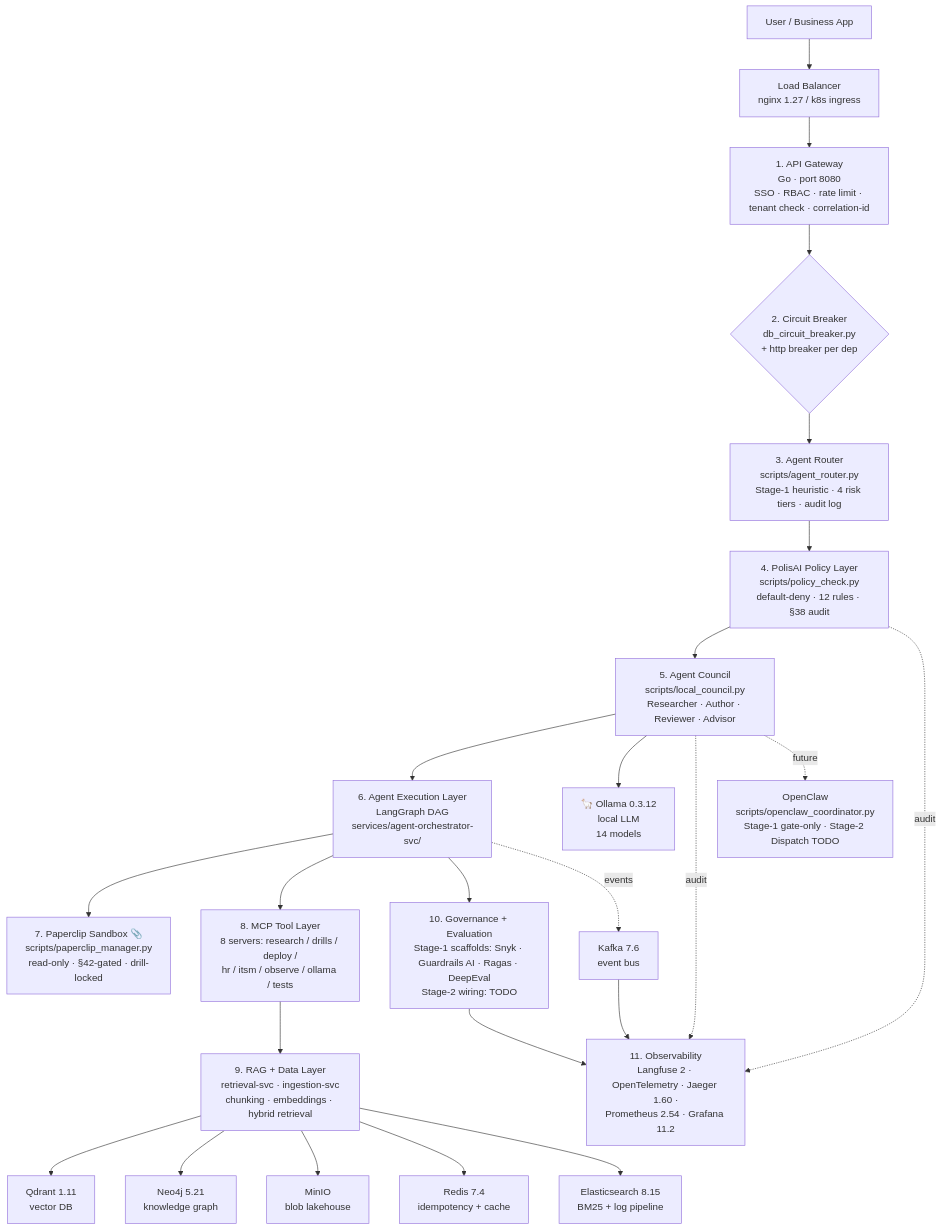
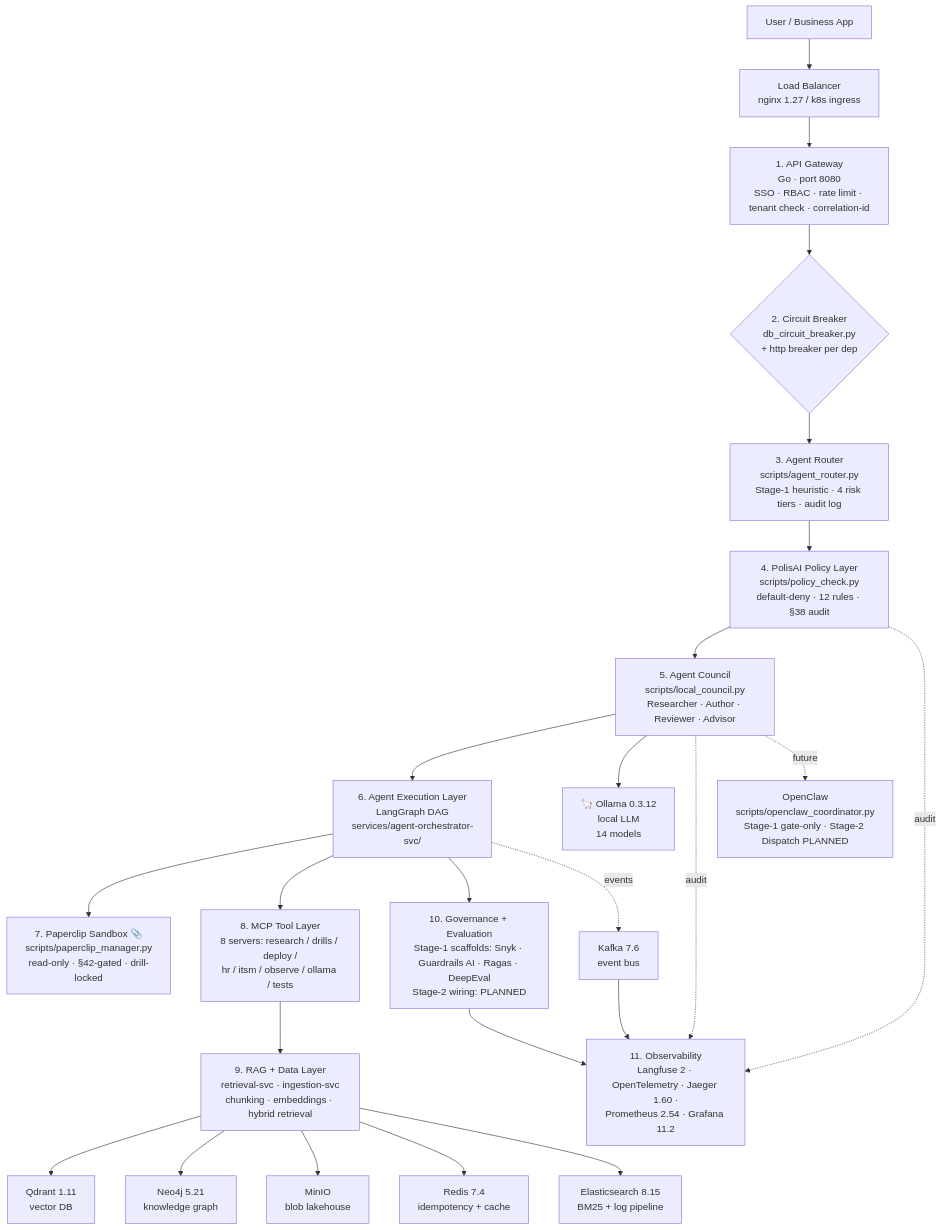
Before and after one commit to PraveenAsthana123/circuitRAG: the diagram in README.md, drawn with Mermaid. The commit also changed other lines of this file and 3 other files, not shown here.

````diff
--- a/README.md
+++ b/README.md
@@ -121,29 +121,29 @@
 ```mermaid
 flowchart TD
     User[User / Business App]
     User --> LB[Load Balancer<br/>nginx 1.27 / k8s ingress]
     LB --> GW[1. API Gateway<br/>Go · port 8080<br/>SSO · RBAC · rate limit · tenant check · correlation-id]
     GW --> CB1{2. Circuit Breaker<br/>db_circuit_breaker.py<br/>+ http breaker per dep}
     CB1 --> Router[3. Agent Router<br/>scripts/agent_router.py<br/>Stage-1 heuristic · 4 risk tiers · audit log]
     Router --> Polis[4. PolisAI Policy Layer<br/>scripts/policy_check.py<br/>default-deny · 12 rules · §38 audit]
     Polis --> Council[5. Agent Council<br/>scripts/local_council.py<br/>Researcher · Author · Reviewer · Advisor]
     Council --> Exec[6. Agent Execution Layer<br/>LangGraph DAG<br/>services/agent-orchestrator-svc/]
     Exec --> Paperclip[7. Paperclip Sandbox 📎<br/>scripts/paperclip_manager.py<br/>read-only · §42-gated · drill-locked]
     Exec --> MCP[8. MCP Tool Layer<br/>8 servers: research / drills / deploy /<br/>hr / itsm / observe / ollama / tests]
     MCP --> RAG[9. RAG + Data Layer<br/>retrieval-svc · ingestion-svc<br/>chunking · embeddings · hybrid retrieval]
     RAG --> VDB[Qdrant 1.11<br/>vector DB]
     RAG --> KG[Neo4j 5.21<br/>knowledge graph]
     RAG --> Lake[MinIO<br/>blob lakehouse]
     RAG --> Cache[Redis 7.4<br/>idempotency + cache]
     RAG --> ES[Elasticsearch 8.15<br/>BM25 + log pipeline]
     Council --> Ollama[🦙 Ollama 0.3.12<br/>local LLM<br/>14 models]
-    Exec --> Eval[10. Governance + Evaluation<br/>Stage-1 scaffolds: Snyk · Guardrails AI · Ragas · DeepEval<br/>Stage-2 wiring: TODO]
+    Exec --> Eval[10. Governance + Evaluation<br/>Stage-1 scaffolds: Snyk · Guardrails AI · Ragas · DeepEval<br/>Stage-2 wiring: PLANNED]
     Eval --> Obs[11. Observability<br/>Langfuse 2 · OpenTelemetry · Jaeger 1.60 ·<br/>Prometheus 2.54 · Grafana 11.2]
     Polis -.audit.-> Obs
     Council -.audit.-> Obs
     Exec -.events.-> Kafka[Kafka 7.6<br/>event bus]
     Kafka --> Obs
 
-    OpenClaw[OpenClaw<br/>scripts/openclaw_coordinator.py<br/>Stage-1 gate-only · Stage-2 Dispatch TODO]
+    OpenClaw[OpenClaw<br/>scripts/openclaw_coordinator.py<br/>Stage-1 gate-only · Stage-2 Dispatch PLANNED]
     Council -.future.-> OpenClaw
 ```
````
